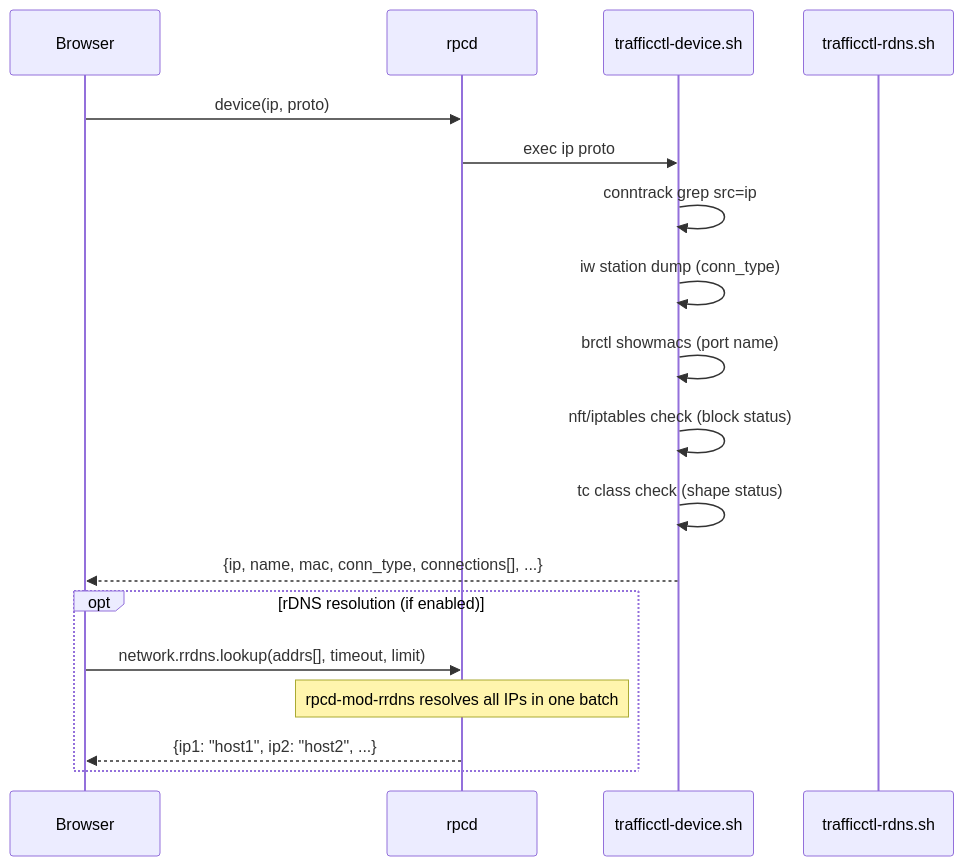
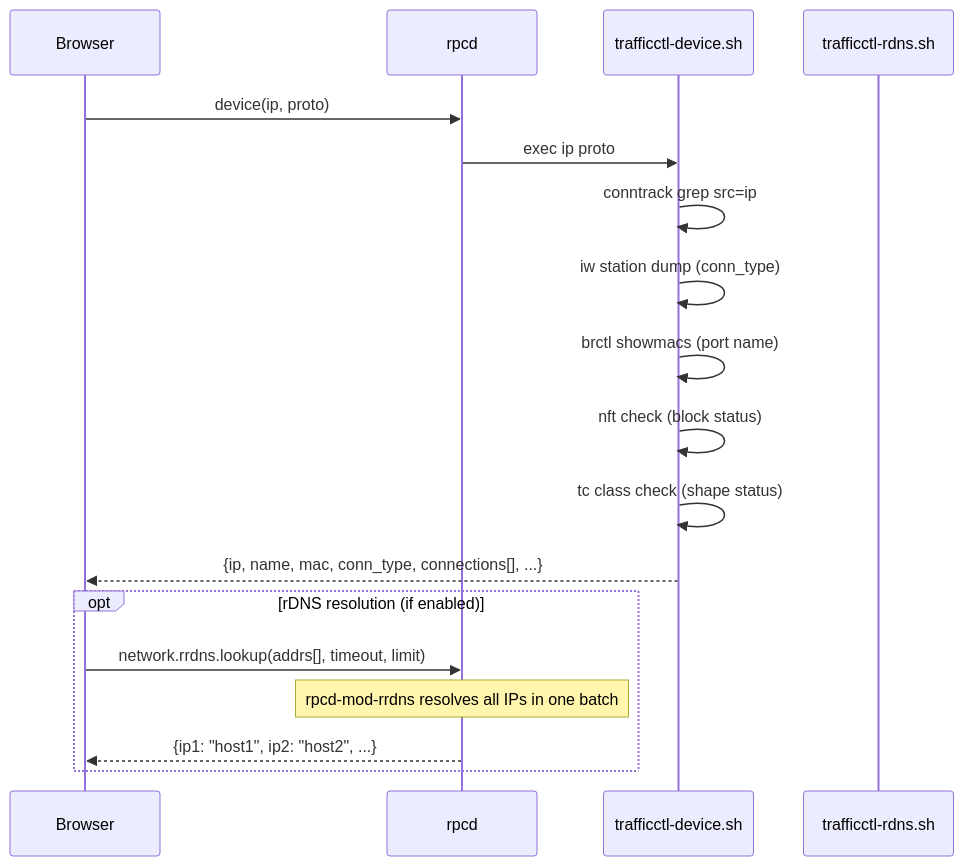
The third of 6 diagrams in docs/ARCHITECTURE.md (YusDyr/luci-app-trafficctl), drawn with Mermaid before and after one commit. The commit also changed other lines of this file and 35 other files, not shown here.

````diff
--- a/docs/ARCHITECTURE.md
+++ b/docs/ARCHITECTURE.md
@@ -134,22 +126,22 @@
 ```mermaid
 sequenceDiagram
     participant B as Browser
     participant R as rpcd
     participant D as trafficctl-device.sh
     participant DNS as trafficctl-rdns.sh
 
     B->>R: device(ip, proto)
     R->>D: exec ip proto
     D->>D: conntrack grep src=ip
     D->>D: iw station dump (conn_type)
     D->>D: brctl showmacs (port name)
-    D->>D: nft/iptables check (block status)
+    D->>D: nft check (block status)
     D->>D: tc class check (shape status)
     D-->>B: {ip, name, mac, conn_type, connections[], ...}
 
     opt rDNS resolution (if enabled)
         B->>R: network.rrdns.lookup(addrs[], timeout, limit)
         Note over R: rpcd-mod-rrdns resolves all IPs in one batch
         R-->>B: {ip1: "host1", ip2: "host2", ...}
     end
 ```
````
